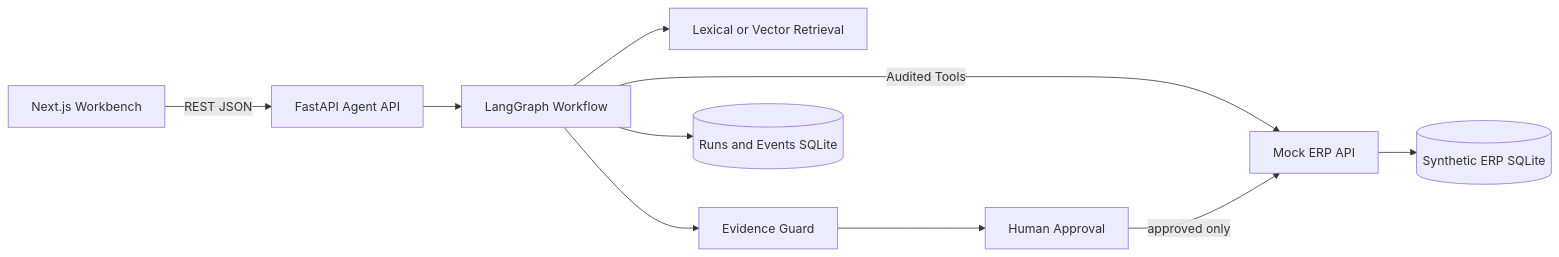
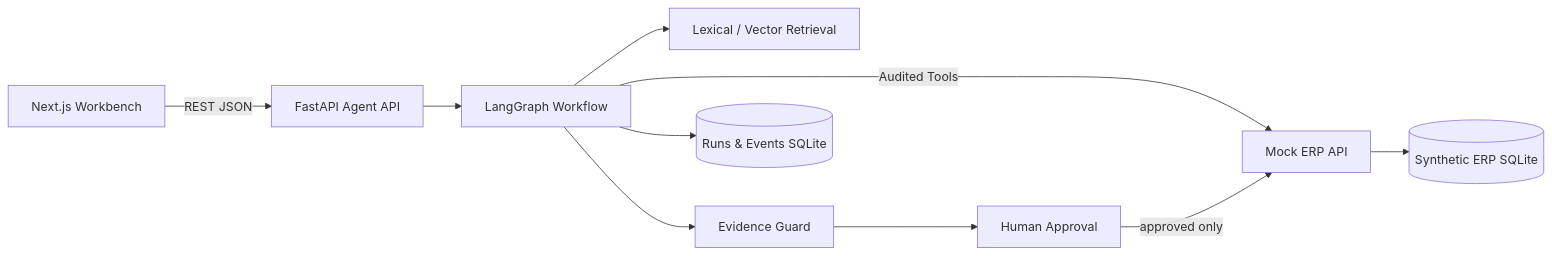
Before and after one commit to violetloveAI/enterprise-support-copilot: the diagram in README.md, drawn with Mermaid. The commit also changed other lines of this file and 8 other files, not shown here.

````diff
--- a/README.md
+++ b/README.md
@@ -31,12 +187,12 @@
 ```mermaid
 flowchart LR
     UI[Next.js Workbench] -->|REST JSON| API[FastAPI Agent API]
     API --> GRAPH[LangGraph Workflow]
-    GRAPH --> RAG[Lexical or Vector Retrieval]
+    GRAPH --> RAG[Lexical / Vector Retrieval]
     GRAPH --> GUARD[Evidence Guard]
     GRAPH -->|Audited Tools| ERP[Mock ERP API]
     ERP --> ERPDB[(Synthetic ERP SQLite)]
-    GRAPH --> RUNDB[(Runs and Events SQLite)]
+    GRAPH --> RUNDB[(Runs & Events SQLite)]
     GUARD --> HITL[Human Approval]
     HITL -->|approved only| ERP
 ```
````
